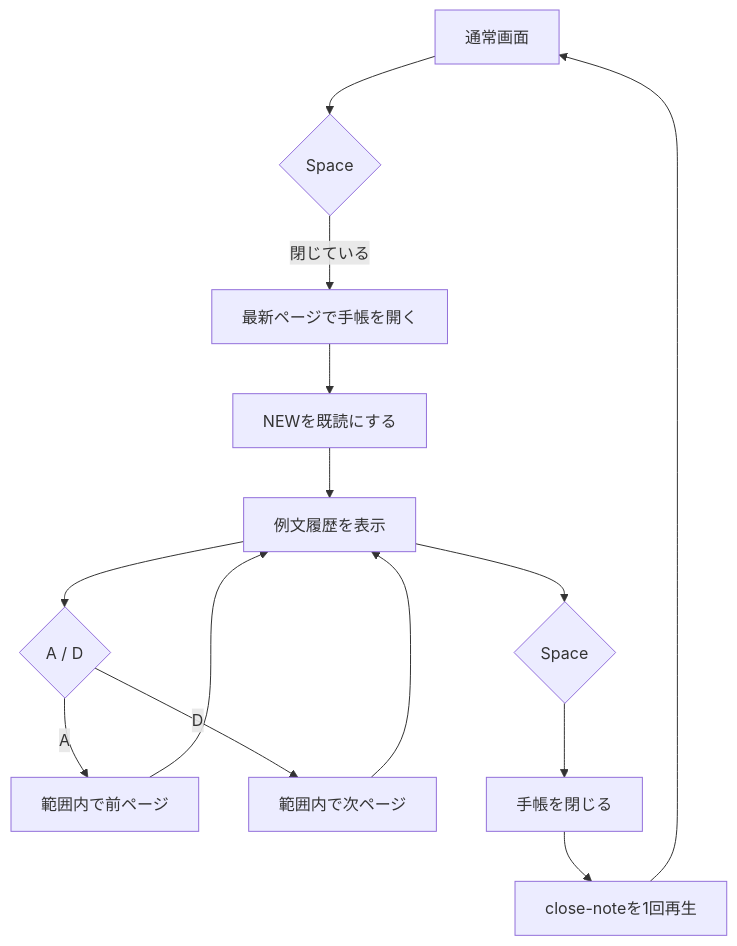
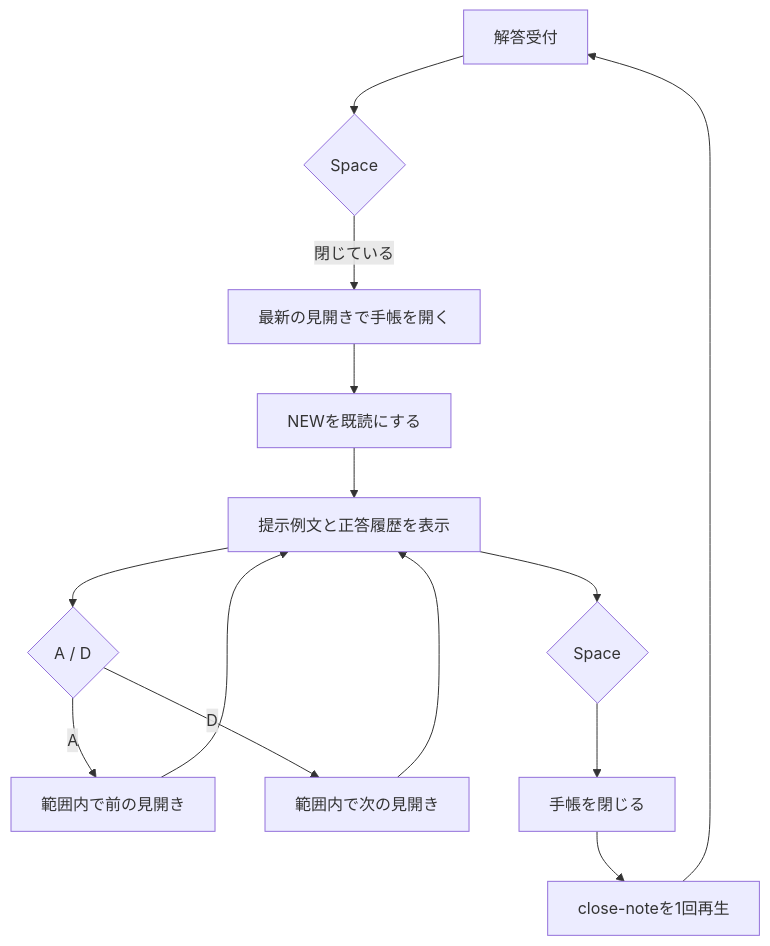
One commit to lycanthr0pes/language-deciphering-game changed the sixth of 13 diagrams in docs/project-flow.md. Above: the diagram before and after it, drawn with Mermaid. The commit also changed other lines of this file and 40 other files, not shown here.

````diff
--- a/docs/project-flow.md
+++ b/docs/project-flow.md
@@ -129,16 +131,16 @@
 ```mermaid
 flowchart TD
-    A[通常画面] --> B{Space}
-    B -->|閉じている| C[最新ページで手帳を開く]
+    A[解答受付] --> B{Space}
+    B -->|閉じている| C[最新の見開きで手帳を開く]
     C --> D[NEWを既読にする]
-    D --> E[例文履歴を表示]
+    D --> E[提示例文と正答履歴を表示]
     E --> F{A / D}
-    F -->|A| G[範囲内で前ページ]
-    F -->|D| H[範囲内で次ページ]
+    F -->|A| G[範囲内で前の見開き]
+    F -->|D| H[範囲内で次の見開き]
     G --> E
     H --> E
     E --> I{Space}
     I --> J[手帳を閉じる]
     J --> K[close-noteを1回再生]
     K --> A
 ```
````
